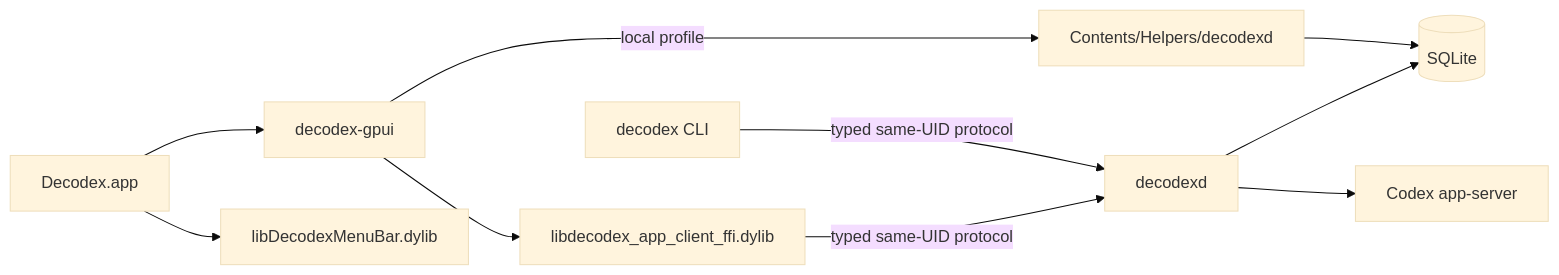
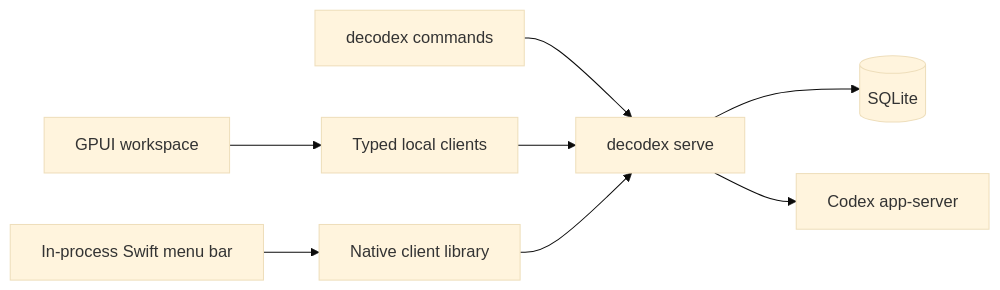
One commit to acg-box/decodex changed the diagram in openwiki/architecture/runtime-architecture.md. Above: the diagram before and after it, drawn with Mermaid (base theme). The commit also changed other lines of this file and 108 other files, not shown here.

Commit message:
Refresh the complete Wiki against current Chief and service architecture

````diff
--- a/openwiki/architecture/runtime-architecture.md
+++ b/openwiki/architecture/runtime-architecture.md
@@ -17,12 +31,10 @@
 ```mermaid
 flowchart LR
-    app[Decodex.app] --> gpui[decodex-gpui]
-    app --> menu[libDecodexMenuBar.dylib]
-    gpui --> ffi[libdecodex_app_client_ffi.dylib]
-    gpui -->|local profile| helper[Contents/Helpers/decodexd]
-    cli[decodex CLI] -->|typed same-UID protocol| daemon[decodexd]
-    ffi -->|typed same-UID protocol| daemon
-    helper --> sqlite[(SQLite)]
-    daemon --> sqlite
-    daemon --> codex[Codex app-server]
+    UI[GPUI workspace] --> Client[Typed local clients]
+    Menu[In-process Swift menu bar] --> FFI[Native client library]
+    CLI[decodex commands] --> Service[decodex serve]
+    Client --> Service
+    FFI --> Service
+    Service --> DB[(SQLite)]
+    Service --> Codex[Codex app-server]
 ```
````
